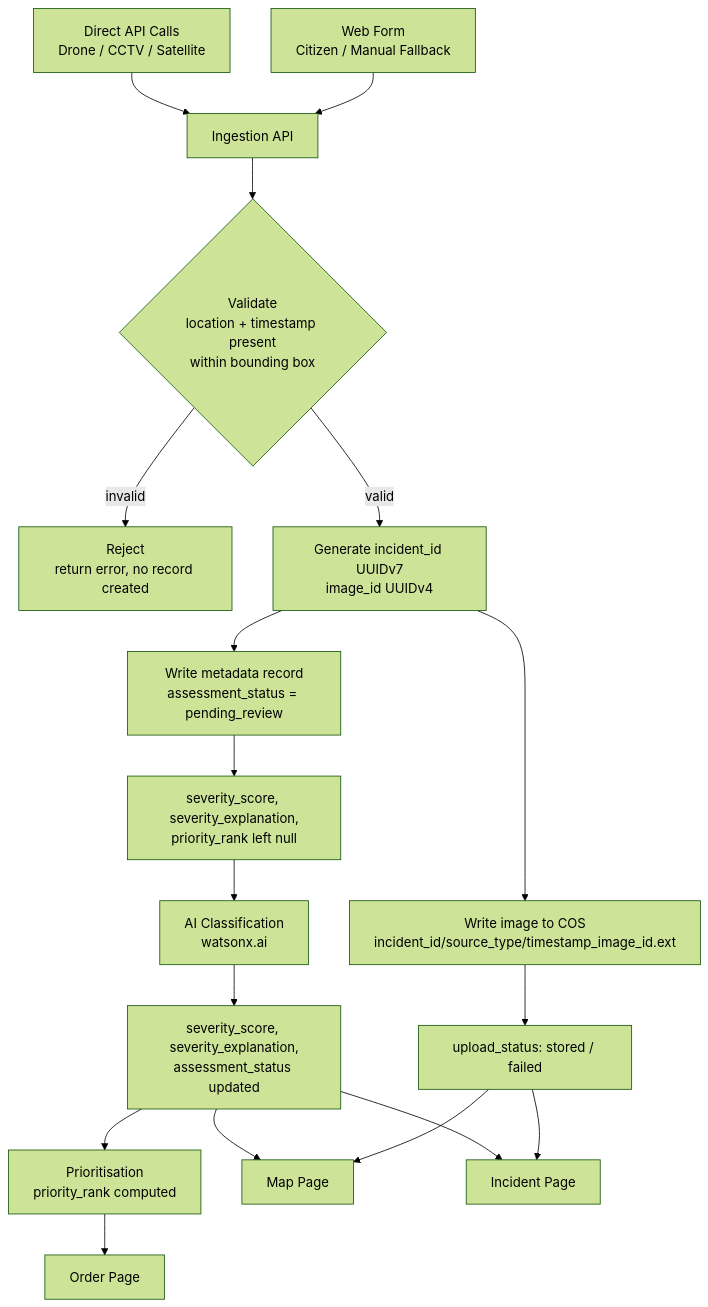
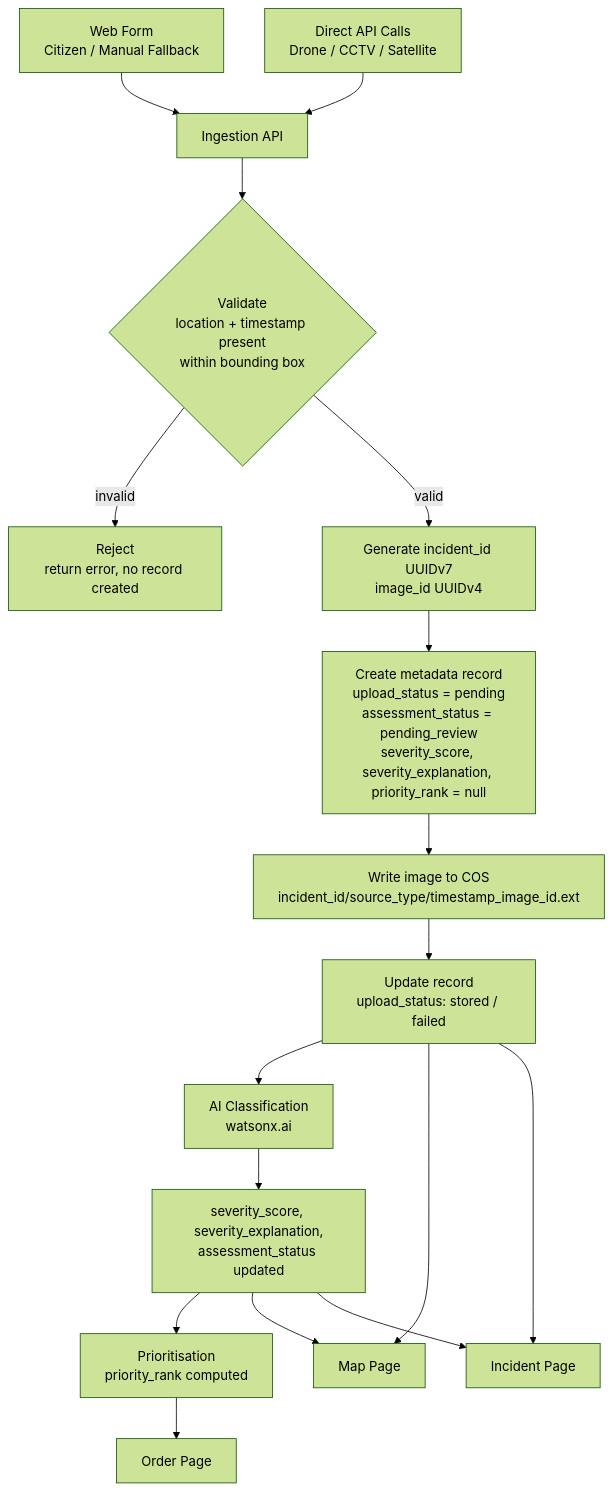
The diagram in docs/Storage and metadata V2.md (lbrh/Assignment-1-Group-8-Team-2), drawn with Mermaid (forest theme) before and after one commit. The commit also changed other lines of this file, not shown here.

Commit message:
Revise storage and metadata process steps

````diff
--- a/docs/Storage and metadata V2.md
+++ b/docs/Storage and metadata V2.md
@@ -107,28 +107,26 @@
 ```mermaid
 flowchart TD
     A[Web Form<br/>Citizen / Manual Fallback]
     B[Direct API Calls<br/>Drone / CCTV / Satellite]
 
     A --> C[Ingestion API]
     B --> C
 
     C --> D{Validate<br/>location + timestamp present<br/>within bounding box}
     D -- invalid --> E[Reject<br/>return error, no record created]
     D -- valid --> F[Generate incident_id UUIDv7<br/>image_id UUIDv4]
 
-    F --> G[Write image to COS<br/>incident_id/source_type/timestamp_image_id.ext]
-    F --> H[Write metadata record<br/>assessment_status = pending_review]
+    F --> H[Create metadata record<br/>upload_status = pending<br/>assessment_status = pending_review<br/>severity_score, severity_explanation, priority_rank = null]
+    H --> G[Write image to COS<br/>incident_id/source_type/timestamp_image_id.ext]
+    G --> I[Update record<br/>upload_status: stored / failed]
 
-    G --> I[upload_status: stored / failed]
-    H --> J[severity_score, severity_explanation,<br/>priority_rank left null]
-
-    J --> K[AI Classification<br/>watsonx.ai]
+    I --> K[AI Classification<br/>watsonx.ai]
     K --> L[severity_score, severity_explanation,<br/>assessment_status updated]
     L --> M[Prioritisation<br/>priority_rank computed]
 
     I --> N[Map Page]
     L --> N
     I --> O[Incident Page]
     L --> O
     M --> P[Order Page]
 ```
````
